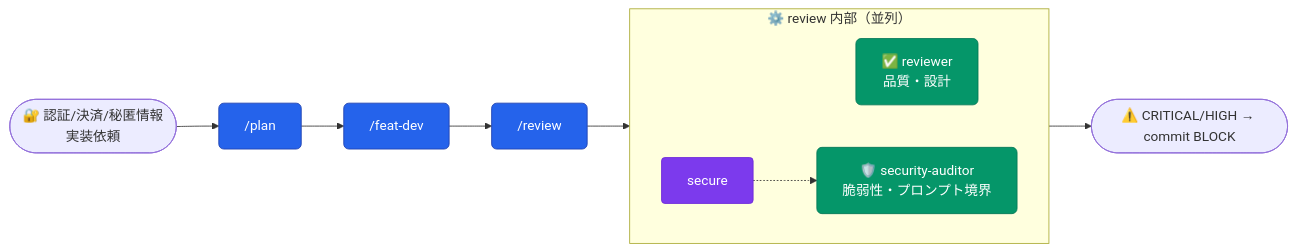
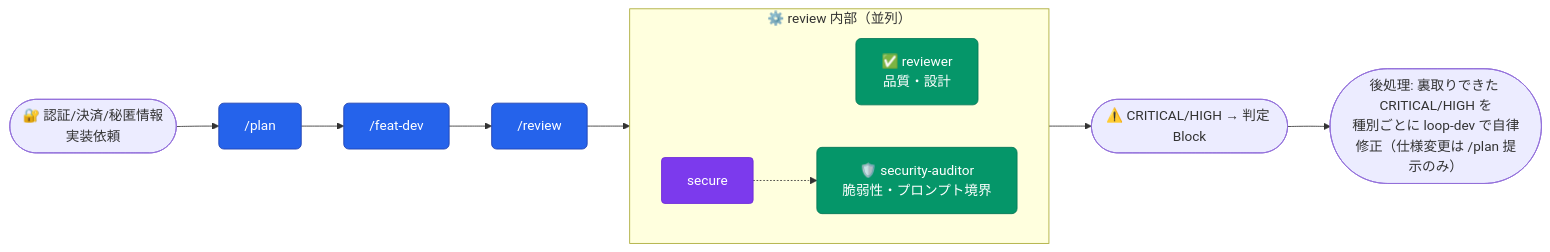
Before and after one commit to aokumablue/claq: the eighth of 19 diagrams in README.md, drawn with Mermaid. The commit also changed other lines of this file, not shown here.

First line of the commit message:
docs(readme): コマンドの段数・ワークフロー図・フック説明を実装に合わせる

````diff
--- a/README.md
+++ b/README.md
@@ -401,20 +412,21 @@
 ```mermaid
 flowchart LR
   classDef cmd    fill:#2563eb,stroke:#1e40af,color:#fff,rx:6
   classDef agent  fill:#059669,stroke:#047857,color:#fff,rx:6
   classDef skill  fill:#7c3aed,stroke:#6d28d9,color:#fff,rx:4
 
   U(["🔐 認証/決済/秘匿情報<br/>実装依頼"]) --> CP["/plan"]:::cmd
   CP --> CF["/feat-dev"]:::cmd
   CF --> CR["/review"]:::cmd
 
   subgraph review["⚙️ review 内部（並列）"]
     direction LR
     AR["✅ reviewer<br/>品質・設計"]:::agent
     AS["🛡️ security-auditor<br/>脆弱性・プロンプト境界"]:::agent
     SS["secure"]:::skill -.-> AS
   end
 
   CR --> review
-  review --> NEXT(["⚠️ CRITICAL/HIGH → commit BLOCK"])
+  review --> NEXT(["⚠️ CRITICAL/HIGH → 判定 Block"])
+  NEXT --> FIXR(["後処理: 裏取りできた CRITICAL/HIGH を<br/>種別ごとに loop-dev で自律修正（仕様変更は /plan 提示のみ）"])
 ```
````
